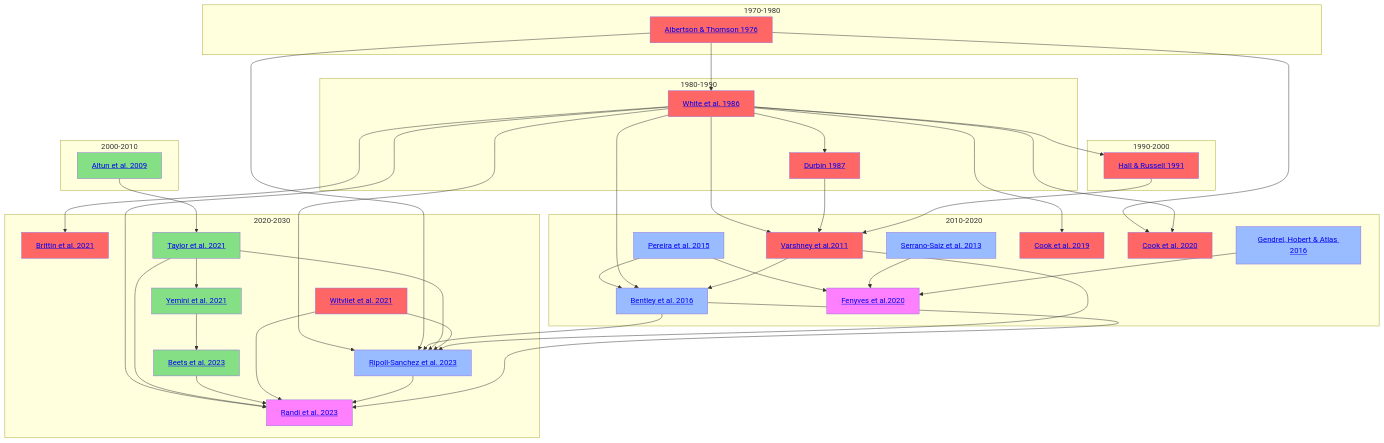
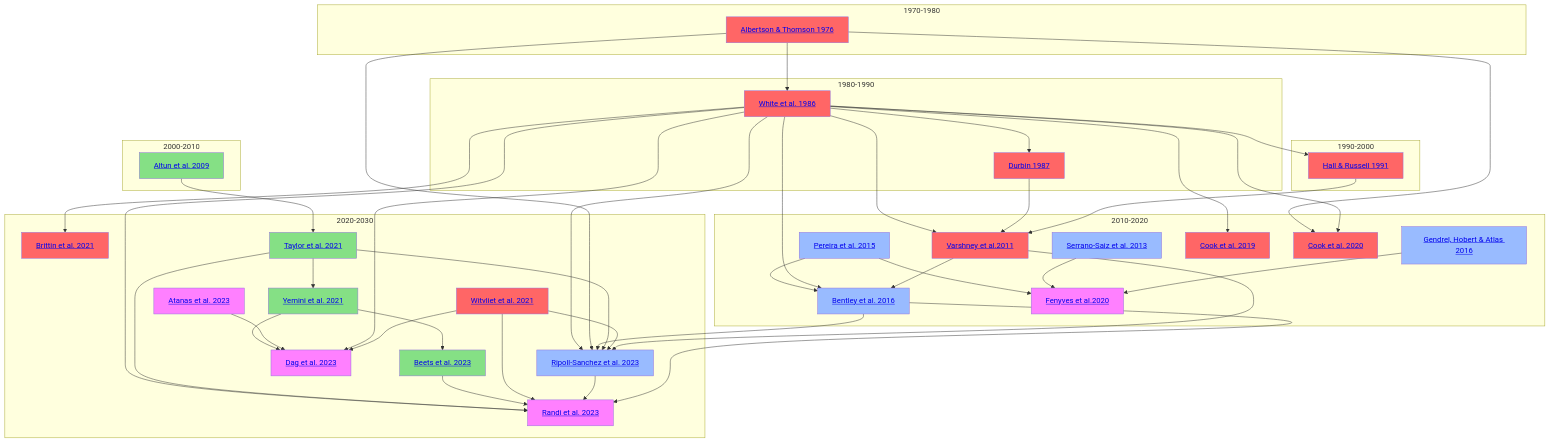
Before and after one commit to openworm/ConnectomeToolbox: the diagram in docs/Timeline.md, drawn with Mermaid.

````diff
--- a/docs/Timeline.md
+++ b/docs/Timeline.md
@@ -1,64 +1,68 @@
 ```mermaid
 flowchart TD
     classDef anat fill:#ff6666
     classDef gene fill:#85e085
     classDef es fill:#99bbff
     classDef func fill:#ff80ff
 
 
     subgraph 1970-1980
     A1[<a href='https://github.com/yasinthanvickneswaran/ConnectomeToolbox/blob/main/docs/Albertson_Thompson_1976.md' >Albertson & Thomson 1976</a>]:::anat
     end
     subgraph 1980-1990
     A[<a href='https://github.com/yasinthanvickneswaran/ConnectomeToolbox/blob/main/docs/White_1986.md' >White et al. 1986</a>]:::anat & B[<a href='https://github.com/yasinthanvickneswaran/ConnectomeToolbox/blob/main/docs/Durbin_1987.md' >Durbin 1987</a>]:::anat
     end
 
     subgraph 1990-2000
     A2[<a href='https://github.com/yasinthanvickneswaran/ConnectomeToolbox/blob/main/docs/Hall_1991.md' >Hall & Russell 1991</a>]:::anat
     end
 
     subgraph 2000-2010
     C[<a href='https://github.com/yasinthanvickneswaran/ConnectomeToolbox/blob/main/docs/Altun_2009.md' >Altun et al. 2009</a>]:::gene 
     end
 
     subgraph 2010-2020
     D[<a href='https://github.com/yasinthanvickneswaran/ConnectomeToolbox/blob/main/docs/Varshney_2011.md' >Varshney et al.2011</a>]:::anat & E[<a href='https://github.com/yasinthanvickneswaran/ConnectomeToolbox/blob/main/docs/Pereira_2015.md' >Pereira et al. 2015</a>]:::es & E1[<a href='https://github.com/yasinthanvickneswaran/ConnectomeToolbox/blob/main/docs/Serrano_2013.md' >Serrano-Saiz et al. 2013</a>]:::es  & E2[<a href='https://github.com/yasinthanvickneswaran/ConnectomeToolbox/blob/main/docs/Gendrel_2016.md' >Gendrel, Hobert & Atlas 2016</a>]:::es & F[<a href='https://github.com/yasinthanvickneswaran/ConnectomeToolbox/blob/main/docs/Bentley_2016.md' >Bentley et al. 2016 </a>]:::es & G[<a href='https://github.com/yasinthanvickneswaran/ConnectomeToolbox/blob/main/docs/Cook_2019.md' >Cook et al. 2019</a>]:::anat & H[<a href='https://github.com/yasinthanvickneswaran/ConnectomeToolbox/blob/main/docs/Fenyves_2020.md' >Fenyves et al.2020</a>]:::func & I[<a href='https://github.com/yasinthanvickneswaran/ConnectomeToolbox/blob/main/docs/Cook_2020.md' >Cook et al. 2020</a>]:::anat
     end
 
     subgraph 2020-2030
-    J[<a href='https://github.com/yasinthanvickneswaran/ConnectomeToolbox/blob/main/docs/Brittin_2021.md' >Brittin et al. 2021</a>]:::anat & K[<a href='https://github.com/yasinthanvickneswaran/ConnectomeToolbox/blob/main/docs/Witvliet_2021.md' >Witvliet et al. 2021</a>]:::anat & L[<a href='https://github.com/yasinthanvickneswaran/ConnectomeToolbox/blob/main/docs/Taylor_2021.md' >Taylor et al. 2021</a>]:::gene & M[<a href='https://github.com/yasinthanvickneswaran/ConnectomeToolbox/blob/main/docs/Yemini_2021.md' >Yemini et al. 2021</a>]:::gene & N[<a href='https://github.com/yasinthanvickneswaran/ConnectomeToolbox/blob/main/docs/Beets_2023.md' >Beets et al. 2023</a>]:::gene & P[<a href='https://github.com/yasinthanvickneswaran/ConnectomeToolbox/blob/main/docs/Randi_2023.md' >Randi et al. 2023</a>]:::func & NP[<a href='https://github.com/yasinthanvickneswaran/ConnectomeToolbox/blob/main/docs/Ripoll_2023.md' >Ripoll-Sanchez et al. 2023</a>]:::es
+    J[<a href='https://github.com/yasinthanvickneswaran/ConnectomeToolbox/blob/main/docs/Brittin_2021.md' >Brittin et al. 2021</a>]:::anat & K[<a href='https://github.com/yasinthanvickneswaran/ConnectomeToolbox/blob/main/docs/Witvliet_2021.md' >Witvliet et al. 2021</a>]:::anat & L[<a href='https://github.com/yasinthanvickneswaran/ConnectomeToolbox/blob/main/docs/Taylor_2021.md' >Taylor et al. 2021</a>]:::gene & M[<a href='https://github.com/yasinthanvickneswaran/ConnectomeToolbox/blob/main/docs/Yemini_2021.md' >Yemini et al. 2021</a>]:::gene & N[<a href='https://github.com/yasinthanvickneswaran/ConnectomeToolbox/blob/main/docs/Beets_2023.md' >Beets et al. 2023</a>]:::gene & P[<a href='https://github.com/yasinthanvickneswaran/ConnectomeToolbox/blob/main/docs/Randi_2023.md' >Randi et al. 2023</a>]:::func & NP[<a href='https://github.com/yasinthanvickneswaran/ConnectomeToolbox/blob/main/docs/Ripoll_2023.md' >Ripoll-Sanchez et al. 2023</a>]:::es & R[<a href='https://github.com/yasinthanvickneswaran/ConnectomeToolbox/blob/main/docs/Dag_2023.md' >Dag et al. 2023</a>]:::func & T[<a href='https://github.com/yasinthanvickneswaran/ConnectomeToolbox/blob/main/docs/Atanas_2023.md' >Atanas et al. 2023</a>]:::func
     end     
 
 
     E --> H
     E1 --> H
     E2 --> H
     E --> F
     C --> L
     L --> M
     M --> N
     A --> B
     A1 --> A
     A1 --> I
     A  --> A2
     A --> D
     B --> D
     A2 --> D
     A --> G
     A --> I
     A --> J
     A --> F
     D --> F
     A --> NP
     A1 --> NP
     F --> NP
     L --> NP
     K --> NP
     D --> NP
     A --> P
     L --> P
     N --> P
     K --> P
     NP --> P
     F --> P
+    M --> R
+    T --> R
+    A --> R
+    K --> R
 ```
````
